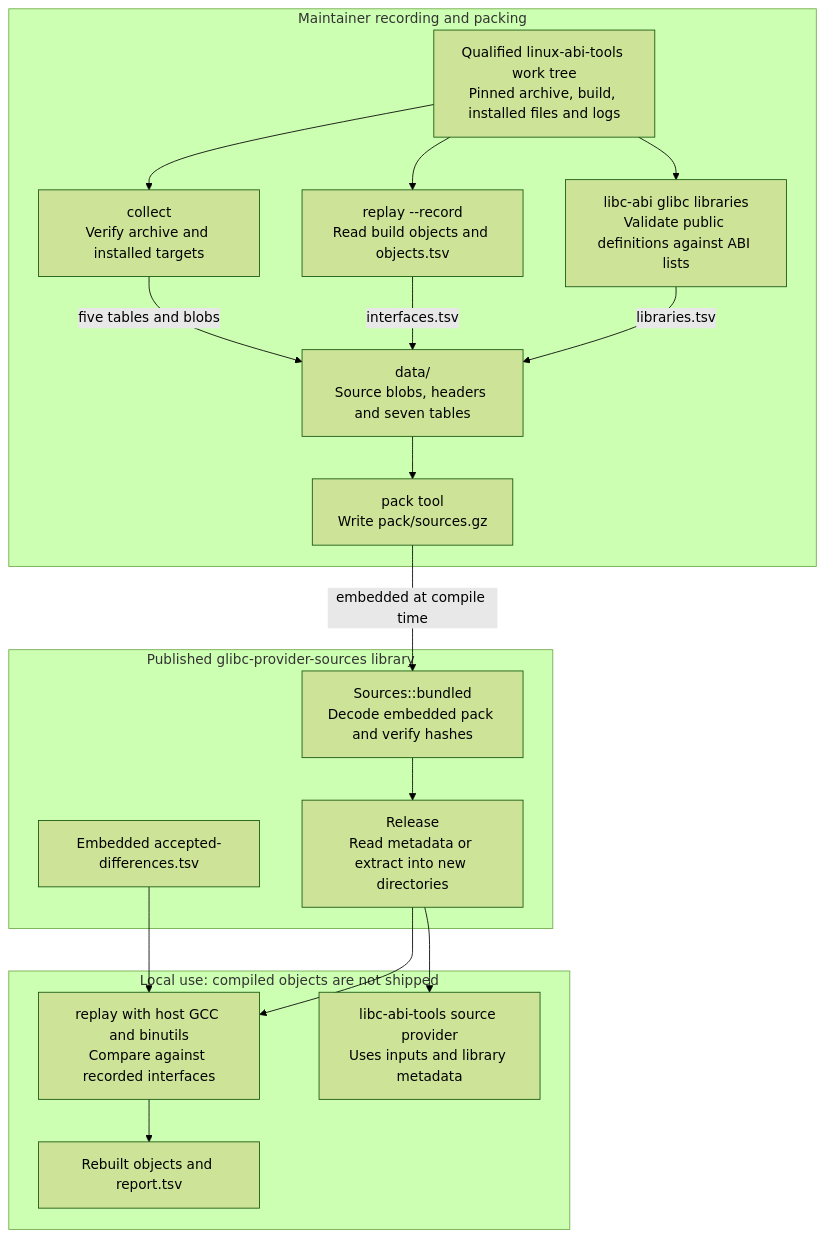
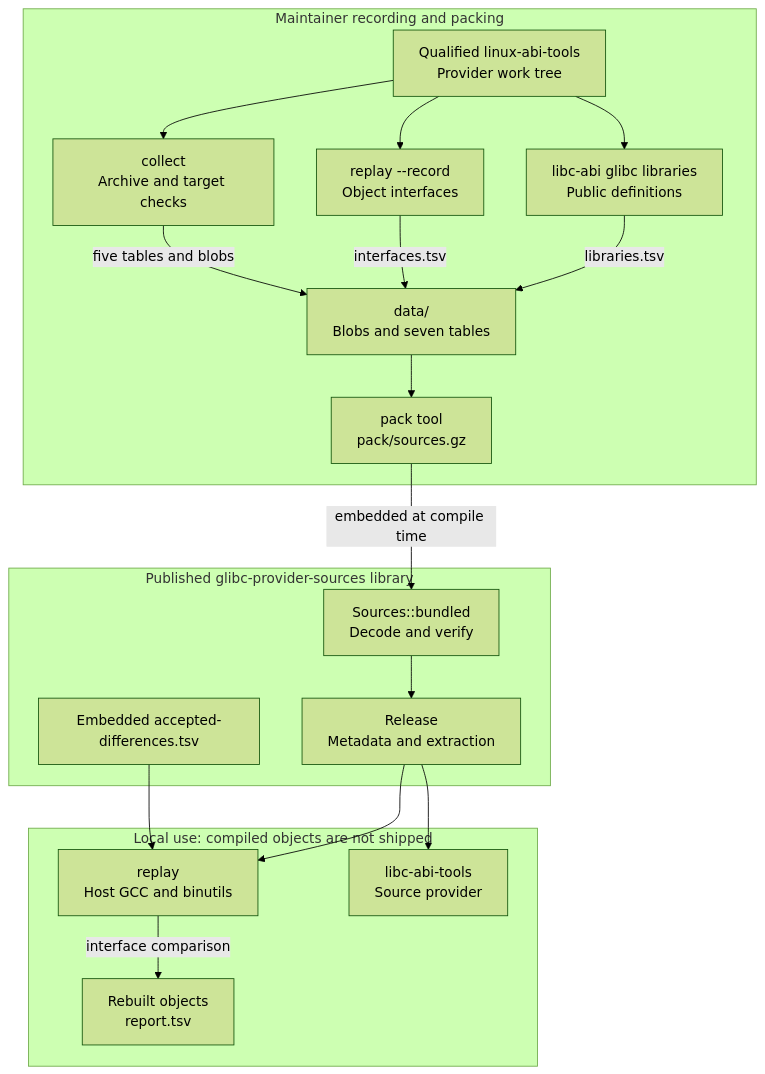
Before and after one commit to rustcommons/glibc-provider: the diagram in docs/MAINTAINING.md, drawn with Mermaid (forest theme).

Commit message:
Keep architecture diagram labels concise

````diff
--- a/docs/MAINTAINING.md
+++ b/docs/MAINTAINING.md
@@ -18,34 +18,34 @@
 ```mermaid
 flowchart TB
-    W["Qualified linux-abi-tools work tree<br/>Pinned archive, build, installed files and logs"]
+    W["Qualified linux-abi-tools<br/>Provider work tree"]
     subgraph M["Maintainer recording and packing"]
-        C["collect<br/>Verify archive and installed targets"]
-        I["replay --record<br/>Read build objects and objects.tsv"]
-        L["libc-abi glibc libraries<br/>Validate public definitions against ABI lists"]
-        D["data/<br/>Source blobs, headers and seven tables"]
-        P["pack tool<br/>Write pack/sources.gz"]
+        C["collect<br/>Archive and target checks"]
+        I["replay --record<br/>Object interfaces"]
+        L["libc-abi glibc libraries<br/>Public definitions"]
+        D["data/<br/>Blobs and seven tables"]
+        P["pack tool<br/>pack/sources.gz"]
         W --> C
         W --> I
         W --> L
         C -->|"five tables and blobs"| D
         I -->|"interfaces.tsv"| D
         L -->|"libraries.tsv"| D
         D --> P
     end
     subgraph B["Published glibc-provider-sources library"]
-        S["Sources::bundled<br/>Decode embedded pack and verify hashes"]
+        S["Sources::bundled<br/>Decode and verify"]
         A["Embedded accepted-differences.tsv"]
-        E["Release<br/>Read metadata or extract into new directories"]
+        E["Release<br/>Metadata and extraction"]
         S --> E
     end
     P -->|"embedded at compile time"| S
     subgraph H["Local use: compiled objects are not shipped"]
-        R["replay with host GCC and binutils<br/>Compare against recorded interfaces"]
-        V["Rebuilt objects and report.tsv"]
-        U["libc-abi-tools source provider<br/>Uses inputs and library metadata"]
+        R["replay<br/>Host GCC and binutils"]
+        V["Rebuilt objects<br/>report.tsv"]
+        U["libc-abi-tools<br/>Source provider"]
         E --> R
         A --> R
-        R --> V
+        R -->|"interface comparison"| V
         E --> U
     end
 ```
````
